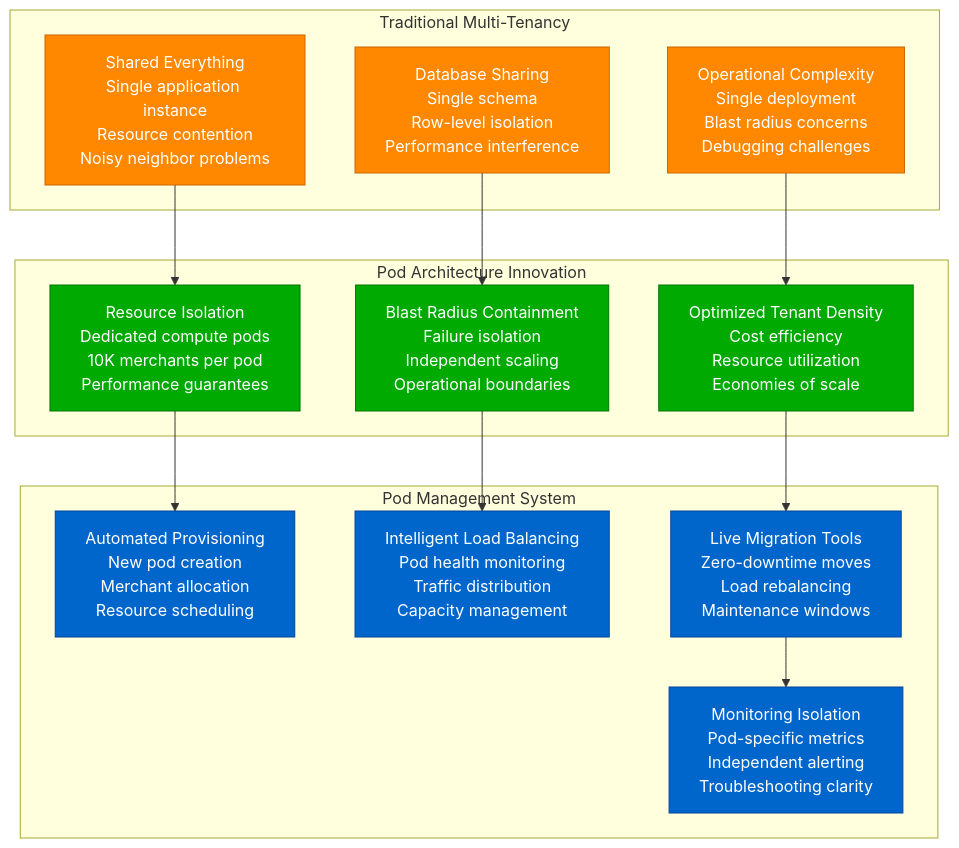
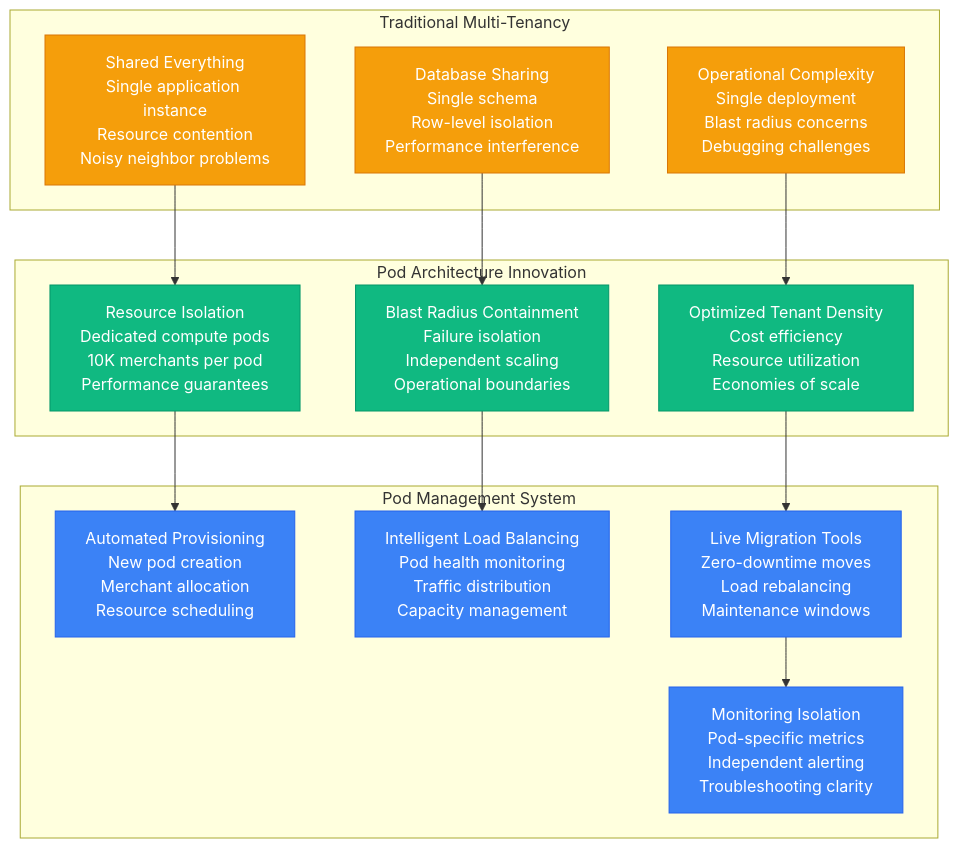
The fifth of 9 diagrams in site/docs/systems/shopify/novel-solutions.md (deepaucksharma/DS), drawn with Mermaid before and after one commit. The commit also changed other lines of this file and 303 other files, not shown here.

````diff
--- a/site/docs/systems/shopify/novel-solutions.md
+++ b/site/docs/systems/shopify/novel-solutions.md
@@ -271,40 +271,40 @@
 ```mermaid
 graph TB
     subgraph "Traditional Multi-Tenancy"
         SHARED_EVERYTHING[Shared Everything<br/>Single application instance<br/>Resource contention<br/>Noisy neighbor problems]
         DATABASE_SHARING[Database Sharing<br/>Single schema<br/>Row-level isolation<br/>Performance interference]
         OPERATIONAL_COMPLEXITY[Operational Complexity<br/>Single deployment<br/>Blast radius concerns<br/>Debugging challenges]
     end
 
     subgraph "Pod Architecture Innovation"
         RESOURCE_ISOLATION[Resource Isolation<br/>Dedicated compute pods<br/>10K merchants per pod<br/>Performance guarantees]
         BLAST_RADIUS_CONTAINMENT[Blast Radius Containment<br/>Failure isolation<br/>Independent scaling<br/>Operational boundaries]
         TENANT_DENSITY[Optimized Tenant Density<br/>Cost efficiency<br/>Resource utilization<br/>Economies of scale]
     end
 
     %% Architecture evolution
     SHARED_EVERYTHING --> RESOURCE_ISOLATION
     DATABASE_SHARING --> BLAST_RADIUS_CONTAINMENT
     OPERATIONAL_COMPLEXITY --> TENANT_DENSITY
 
     subgraph "Pod Management System"
         AUTOMATED_PROVISIONING[Automated Provisioning<br/>New pod creation<br/>Merchant allocation<br/>Resource scheduling]
         LOAD_BALANCING[Intelligent Load Balancing<br/>Pod health monitoring<br/>Traffic distribution<br/>Capacity management]
         MIGRATION_TOOLS[Live Migration Tools<br/>Zero-downtime moves<br/>Load rebalancing<br/>Maintenance windows]
         MONITORING_ISOLATION[Monitoring Isolation<br/>Pod-specific metrics<br/>Independent alerting<br/>Troubleshooting clarity]
     end
 
     RESOURCE_ISOLATION --> AUTOMATED_PROVISIONING
     BLAST_RADIUS_CONTAINMENT --> LOAD_BALANCING
     TENANT_DENSITY --> MIGRATION_TOOLS
     MIGRATION_TOOLS --> MONITORING_ISOLATION
 
     %% Apply pod colors
-    classDef traditionalStyle fill:#FF8800,stroke:#CC6600,color:#fff
-    classDef podStyle fill:#00AA00,stroke:#007700,color:#fff
-    classDef managementStyle fill:#0066CC,stroke:#004499,color:#fff
+    classDef traditionalStyle fill:#F59E0B,stroke:#D97706,color:#fff
+    classDef podStyle fill:#10B981,stroke:#059669,color:#fff
+    classDef managementStyle fill:#3B82F6,stroke:#2563EB,color:#fff
 
     class SHARED_EVERYTHING,DATABASE_SHARING,OPERATIONAL_COMPLEXITY traditionalStyle
     class RESOURCE_ISOLATION,BLAST_RADIUS_CONTAINMENT,TENANT_DENSITY podStyle
     class AUTOMATED_PROVISIONING,LOAD_BALANCING,MIGRATION_TOOLS,MONITORING_ISOLATION managementStyle
 ```
````
